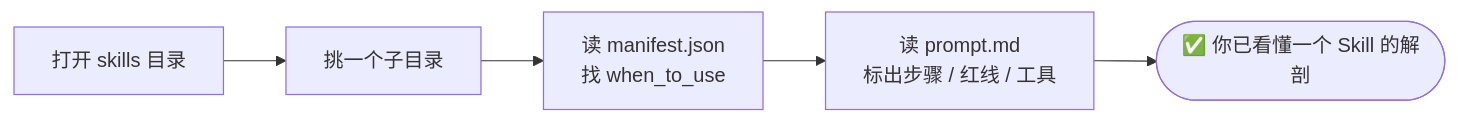
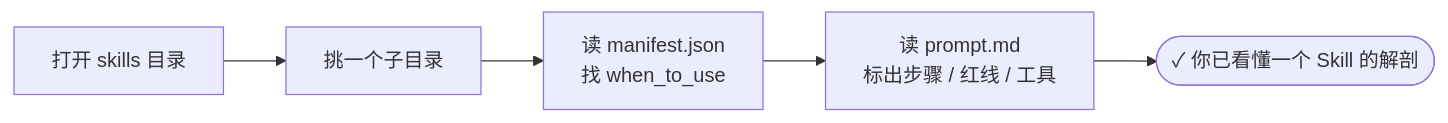
The seventh of 8 diagrams in docs/02_CONCEPTS_概念入门/CONCEPT/[CONCEPT-05] 什么是Skill-技能.md (luckykhy/KhyAiHub), drawn with Mermaid before and after one commit. The commit also changed other lines of this file and 19 other files, not shown here.

````diff
--- a/docs/02_CONCEPTS_概念入门/CONCEPT/[CONCEPT-05] 什么是Skill-技能.md
+++ b/docs/02_CONCEPTS_概念入门/CONCEPT/[CONCEPT-05] 什么是Skill-技能.md
@@ -301,7 +301,7 @@
 ```mermaid
 flowchart LR
   D1[打开 skills 目录] --> D2[挑一个子目录]
   D2 --> D3[读 manifest.json<br/>找 when_to_use]
   D3 --> D4[读 prompt.md<br/>标出步骤 / 红线 / 工具]
-  D4 --> D5([✅ 你已看懂一个 Skill 的解剖])
+  D4 --> D5([✓ 你已看懂一个 Skill 的解剖])
 ```
````
